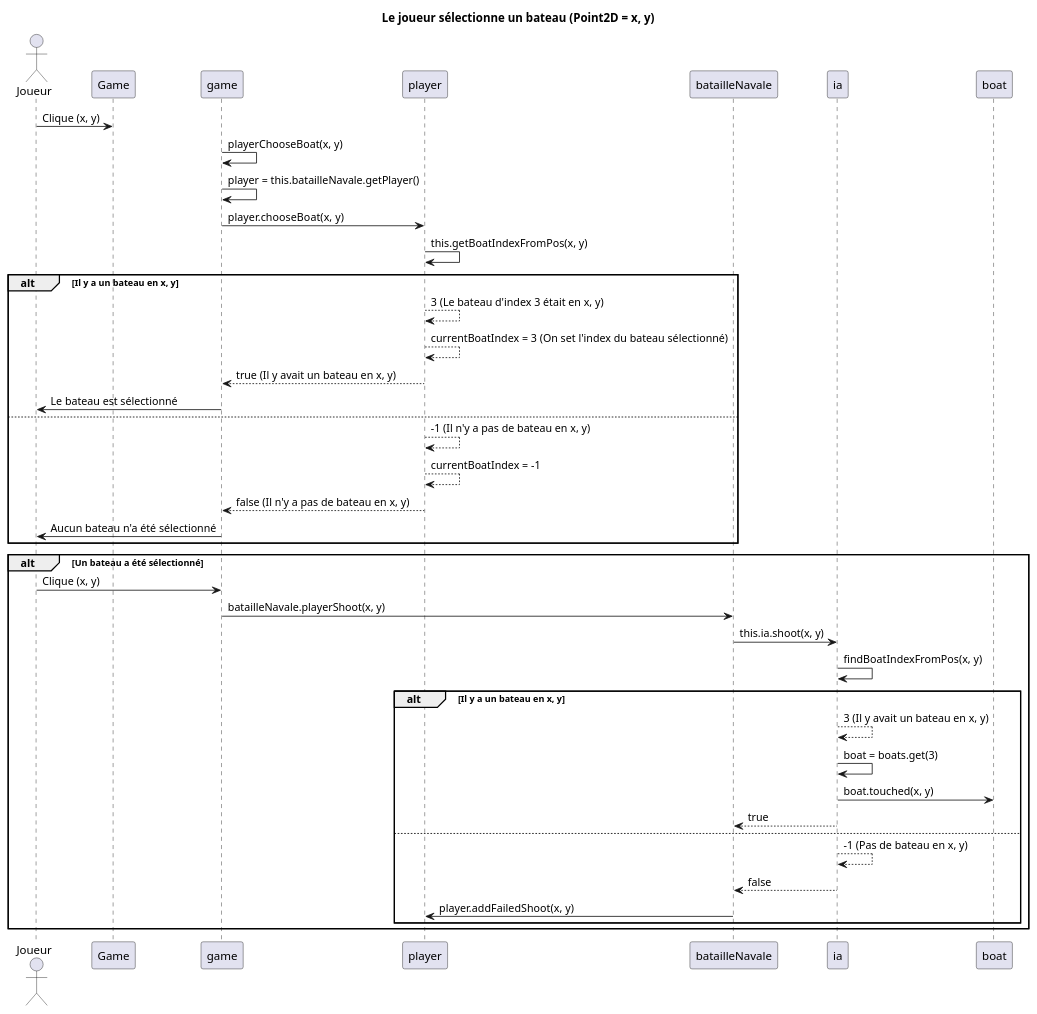
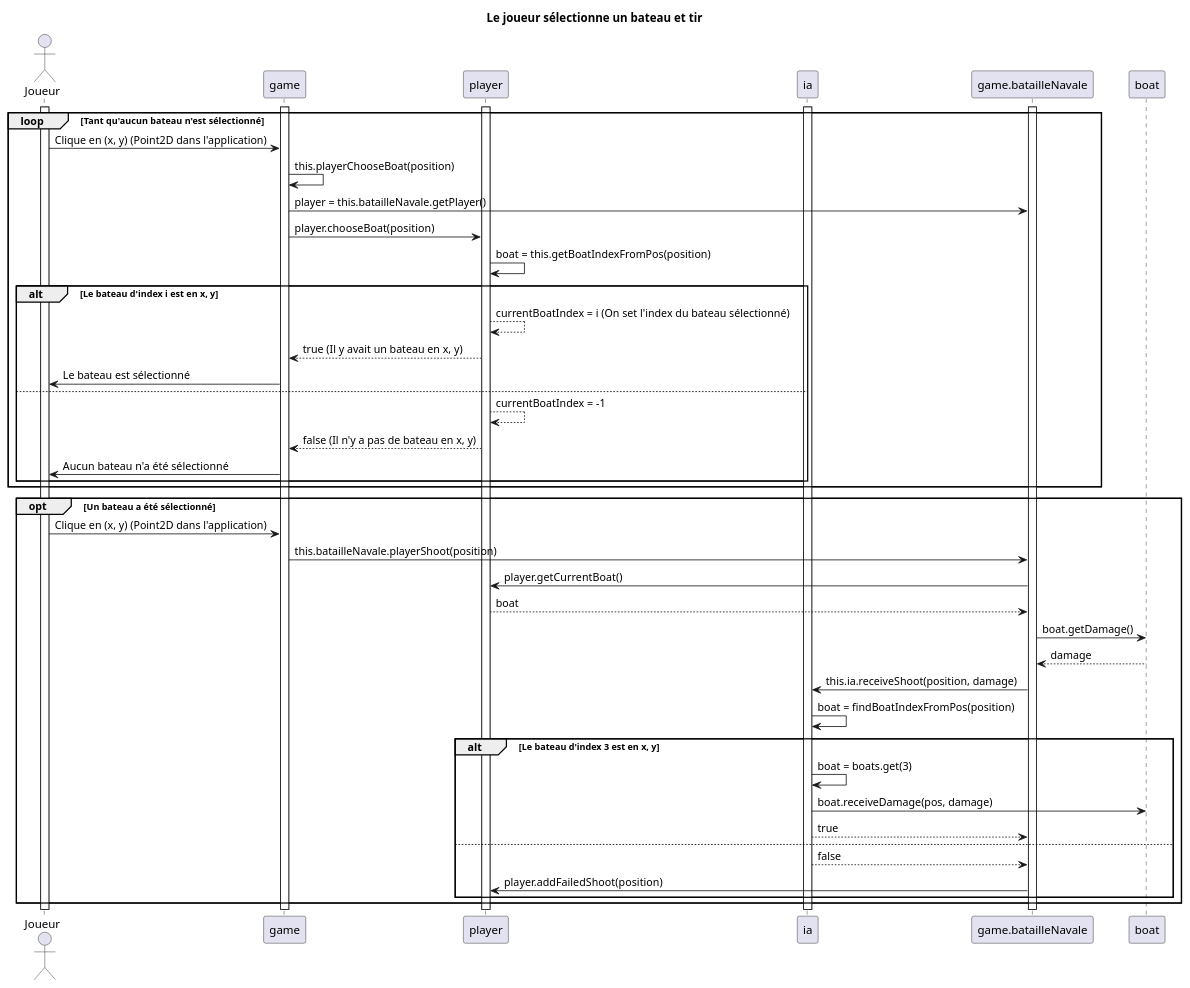
One commit to AntoineCourtil/CAD2018_Laraclette changed the diagram in conception/diag_seq_player_shoot.plantuml. Above: the diagram before and after it, drawn with PlantUML. The commit also changed 7 other files, not shown here.

```diff
--- a/conception/diag_seq_player_shoot.plantuml
+++ b/conception/diag_seq_player_shoot.plantuml
@@ -1,43 +1,53 @@
 @startuml
 
-title Le joueur sélectionne un bateau (Point2D = x, y)
+title Le joueur sélectionne un bateau et tir 
 
 actor Joueur
-Joueur -> Game : Clique (x, y)
 
-game -> game : playerChooseBoat(x, y)
-game -> game : player = this.batailleNavale.getPlayer()
-game -> player : player.chooseBoat(x, y)
-player -> player : this.getBoatIndexFromPos(x, y)
-alt Il y a un bateau en x, y
-    player --> player : 3 (Le bateau d'index 3 était en x, y)
-    player --> player : currentBoatIndex = 3 (On set l'index du bateau sélectionné)
-    player --> game : true (Il y avait un bateau en x, y)
-    game -> Joueur : Le bateau est sélectionné
-else
-    player --> player : -1 (Il n'y a pas de bateau en x, y)
-    player --> player : currentBoatIndex = -1
-    player --> game : false (Il n'y a pas de bateau en x, y)
-    game -> Joueur : Aucun bateau n'a été sélectionné
+activate Joueur
+activate game
+activate player
+activate ia
+activate game.batailleNavale
+
+loop Tant qu'aucun bateau n'est sélectionné
+    Joueur -> game : Clique en (x, y) (Point2D dans l'application)
+    game -> game : this.playerChooseBoat(position)
+    game -> game.batailleNavale : player = this.batailleNavale.getPlayer()
+    game -> player : player.chooseBoat(position)
+    player -> player : boat = this.getBoatIndexFromPos(position)
+    alt Le bateau d'index i est en x, y
+        player --> player : currentBoatIndex = i (On set l'index du bateau sélectionné)
+        player --> game : true (Il y avait un bateau en x, y)
+        game -> Joueur : Le bateau est sélectionné
+    else 
+        player --> player : currentBoatIndex = -1
+        player --> game : false (Il n'y a pas de bateau en x, y)
+        game -> Joueur : Aucun bateau n'a été sélectionné
+    end
 end
 
-alt Un bateau a été sélectionné
-    Joueur -> game : Clique (x, y)
-    game -> batailleNavale : batailleNavale.playerShoot(x, y)
-    batailleNavale -> ia : this.ia.shoot(x, y)
-    ia -> ia : findBoatIndexFromPos(x, y)
-    alt Il y a un bateau en x, y
-        ia --> ia : 3 (Il y avait un bateau en x, y)
+opt Un bateau a été sélectionné
+    Joueur -> game : Clique en (x, y) (Point2D dans l'application)
+    game -> game.batailleNavale : this.batailleNavale.playerShoot(position)
+    
+    game.batailleNavale -> player : player.getCurrentBoat()
+    player --> game.batailleNavale : boat
+    game.batailleNavale -> boat : boat.getDamage()
+    boat --> game.batailleNavale : damage
+    
+    game.batailleNavale -> ia : this.ia.receiveShoot(position, damage)
+    ia -> ia : boat = findBoatIndexFromPos(position)
+    alt Le bateau d'index 3 est en x, y
         ia -> ia : boat = boats.get(3)
-        ia -> boat : boat.touched(x, y) 
-        ia --> batailleNavale : true
+        ia -> boat : boat.receiveDamage(pos, damage) 
+        ia --> game.batailleNavale : true
     else 
-        ia --> ia : -1 (Pas de bateau en x, y)
-        ia --> batailleNavale : false
-        batailleNavale -> player : player.addFailedShoot(x, y)
+        ia --> game.batailleNavale : false
+        game.batailleNavale -> player : player.addFailedShoot(position)
     end 
 end
 
 
 
 @enduml
```
